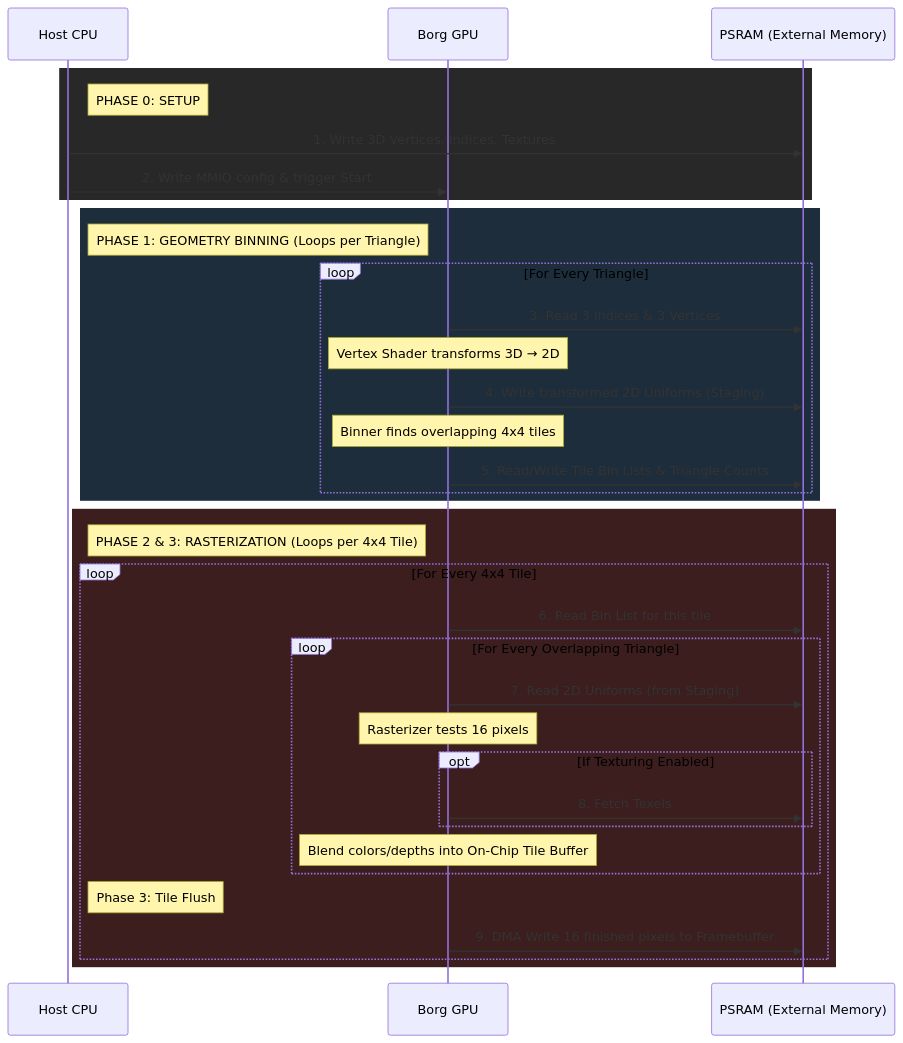
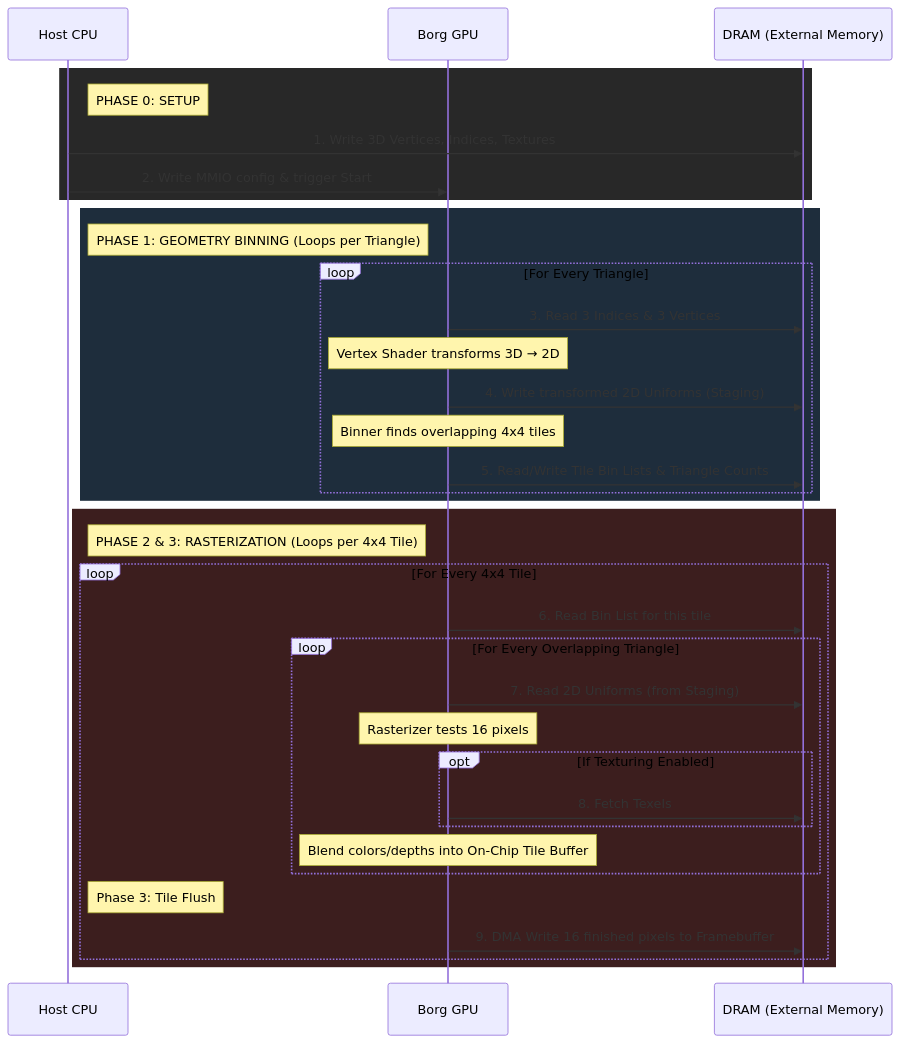
One commit to gonsolo/Borg changed the first of 2 diagrams in docs/07_tbr.md. Above: the diagram before and after it, drawn with Mermaid. The commit also changed other lines of this file and 12 other files, not shown here.

First line of the commit message:
docs: rename psram → dram to match the code refactor

````diff
--- a/docs/07_tbr.md
+++ b/docs/07_tbr.md
@@ -39,40 +39,40 @@
 ```mermaid
 sequenceDiagram
     participant C as Host CPU
     participant G as Borg GPU
-    participant P as PSRAM (External Memory)
+    participant P as DRAM (External Memory)
     
     rect rgb(40, 40, 40)
     note right of C: PHASE 0: SETUP
     C->>P: 1. Write 3D Vertices, Indices, Textures
     C->>G: 2. Write MMIO config & trigger Start
     end
     
     rect rgb(30, 45, 60)
     note right of C: PHASE 1: GEOMETRY BINNING (Loops per Triangle)
     loop For Every Triangle
         G->>P: 3. Read 3 Indices & 3 Vertices
         note over G: Vertex Shader transforms 3D → 2D
         G->>P: 4. Write transformed 2D Uniforms (Staging)
         note over G: Binner finds overlapping 4x4 tiles
         G->>P: 5. Read/Write Tile Bin Lists & Triangle Counts
     end
     end
     
     rect rgb(60, 30, 30)
     note right of C: PHASE 2 & 3: RASTERIZATION (Loops per 4x4 Tile)
     loop For Every 4x4 Tile
         G->>P: 6. Read Bin List for this tile
         loop For Every Overlapping Triangle
             G->>P: 7. Read 2D Uniforms (from Staging)
             note over G: Rasterizer tests 16 pixels
             opt If Texturing Enabled
                 G->>P: 8. Fetch Texels
             end
             note over G: Blend colors/depths into On-Chip Tile Buffer
         end
         note right of C: Phase 3: Tile Flush
         G->>P: 9. DMA Write 16 finished pixels to Framebuffer
     end
     end
 ```
````
